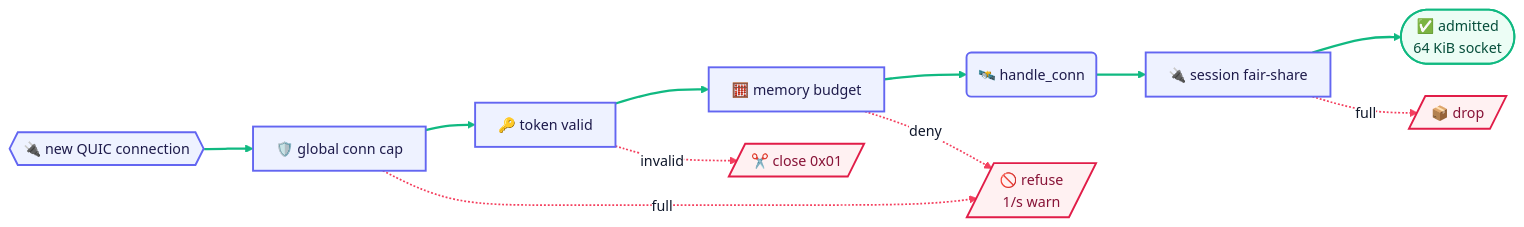
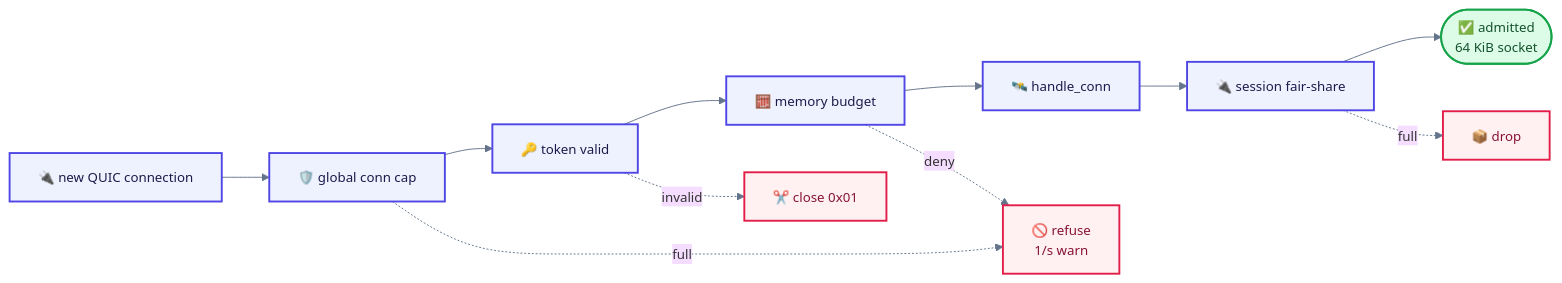
Diagram 20 of 25 in README.md (Terutoki/MyQUIC2), drawn with Mermaid before and after one commit. The commit also changed other lines of this file, not shown here.

````diff
--- a/README.md
+++ b/README.md
@@ -955,23 +979,21 @@
 ```mermaid
-%%{init: {"theme":"base","themeVariables":{"fontSize":"15px","primaryColor":"#eef2ff","primaryTextColor":"#0f172a","primaryBorderColor":"#6366f1","lineColor":"#94a3b8","secondaryColor":"#ecfeff","tertiaryColor":"#fff7ed","edgeLabelBackground":"#ffffff","clusterBkg":"#f8fafc","clusterBorder":"#e2e8f0","mainBkg":"#ffffff","noteBkgColor":"#eff6ff","noteBorderColor":"#93c5fd","noteTextColor":"#1e3a8a"},"flowchart":{"curve":"basis","nodeSpacing":34,"rankSpacing":52,"padding":12,"htmlLabels":true}} }%%
+%%{init: {"theme":"base","themeVariables":{"fontSize":"14px","lineColor":"#64748b"}}}%%
 flowchart LR
-C{{"🔌 new QUIC connection"}} --> G["🛡️ global conn cap"] --> A["🔑 token valid"] --> M["🧮 memory budget"] --> H("🛰️ handle_conn") --> S["🔌 session fair-share"] --> SESS(["✅ admitted<br/>64 KiB socket"])
-    G -.->|"full"| R[/"🚫 refuse<br/>1/s warn"/]
-    A -.->|"invalid"| CL[/"✂️ close 0x01"/]
+C["🔌 new QUIC connection"] --> G["🛡️ global conn cap"] --> A["🔑 token valid"] --> M["🧮 memory budget"] --> H["🛰️ handle_conn"] --> S["🔌 session fair-share"] --> SESS(["✅ admitted<br/>64 KiB socket"])
+    G -.->|"full"| R["🚫 refuse<br/>1/s warn"]
+    A -.->|"invalid"| CL["✂️ close 0x01"]
     M -.->|"deny"| R
-    S -.->|"full"| D[/"📦 drop"/]
+    S -.->|"full"| D["📦 drop"]
     class C,G,A,M,H,S coreC
     class SESS clientC
     class R,CL,D dangerC
-    linkStyle 0,1,2,3,4,5 stroke:#10b981,stroke-width:2.4px
-    linkStyle 6,7,8,9 stroke:#f43f5e,stroke-width:1.8px
 
-    classDef clientC fill:#ecfdf5,stroke:#10b981,stroke-width:2px,color:#064e3b
-    classDef coreC fill:#eef2ff,stroke:#6366f1,stroke-width:2px,color:#1e1b4b
+    classDef clientC fill:#dcfce7,stroke:#16a34a,stroke-width:2px,color:#14532d
+    classDef coreC fill:#eef2ff,stroke:#4f46e5,stroke-width:2px,color:#1e1b4b
     classDef wireC fill:#ecfeff,stroke:#0891b2,stroke-width:2px,color:#164e63
-    classDef warmC fill:#fff7ed,stroke:#f97316,stroke-width:2px,color:#7c2d12
+    classDef warmC fill:#fff7ed,stroke:#fb923c,stroke-width:2px,color:#7c2d12
     classDef dangerC fill:#fff1f2,stroke:#e11d48,stroke-width:2px,color:#881337
     classDef muteC fill:#f8fafc,stroke:#cbd5e1,color:#475569
-    classDef noteC fill:#f5f3ff,stroke:#8b5cf6,stroke-width:1.5px,color:#4c1d95
-    classDef decisionC fill:#fef3c7,stroke:#d97706,stroke-width:2px,color:#78350f
+    classDef noteC fill:#e0e7ff,stroke:#8b5cf6,stroke-width:1.5px,color:#312e81
+    classDef decisionC fill:#fef9c3,stroke:#eab308,stroke-width:2px,color:#713f12
 ```
````
